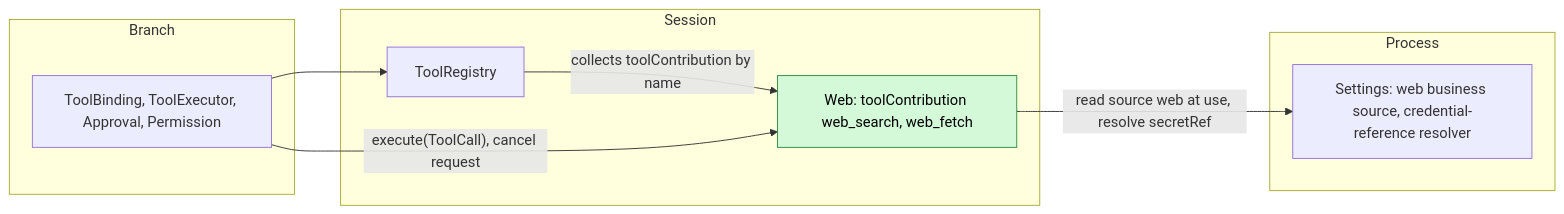
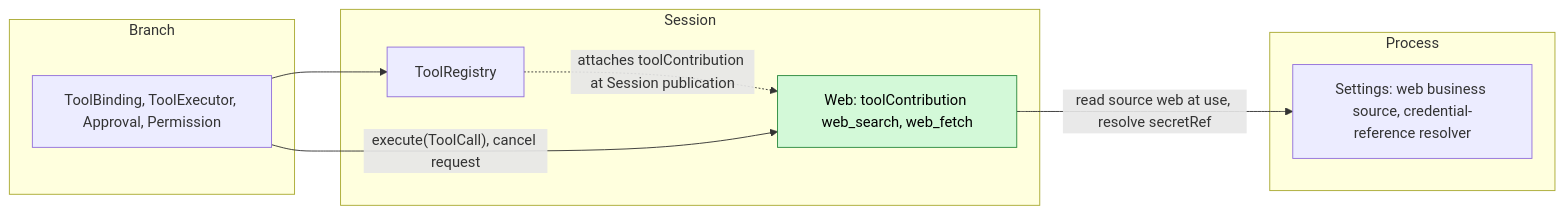
Before and after one commit to CoutinhoTTS/dim-agent: the first of 5 diagrams in docs/design/plugins/Web.md, drawn with Mermaid. The commit also changed other lines of this file and 1 other file, not shown here.

Commit message:
docs(web): a Web reload no longer reloads ToolRegistry (C3)

````diff
--- a/docs/design/plugins/Web.md
+++ b/docs/design/plugins/Web.md
@@ -9,18 +9,18 @@
 ```mermaid
 flowchart LR
   subgraph PROC["Process"]
     Settings["Settings: web business source, credential-reference resolver"]
   end
   subgraph SESS["Session"]
     Web["Web: toolContribution web_search, web_fetch"]:::new
     ToolRegistry["ToolRegistry"]
   end
   subgraph BR["Branch"]
     Exec["ToolBinding, ToolExecutor, Approval, Permission"]
   end
   Web -->|"read source web at use, resolve secretRef"| Settings
-  ToolRegistry -->|"collects toolContribution by name"| Web
+  ToolRegistry -.->|"attaches toolContribution at Session publication"| Web
   Exec --> ToolRegistry
   Exec -->|"execute(ToolCall), cancel request"| Web
   classDef new fill:#d3f9d8,stroke:#2b8a3e,color:#000
 ```
````
